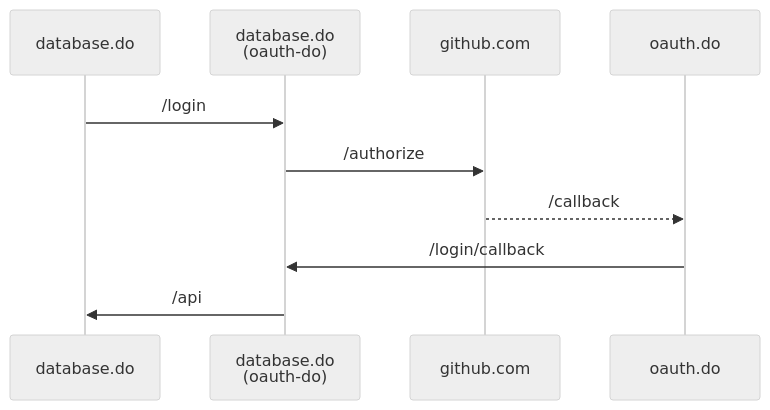
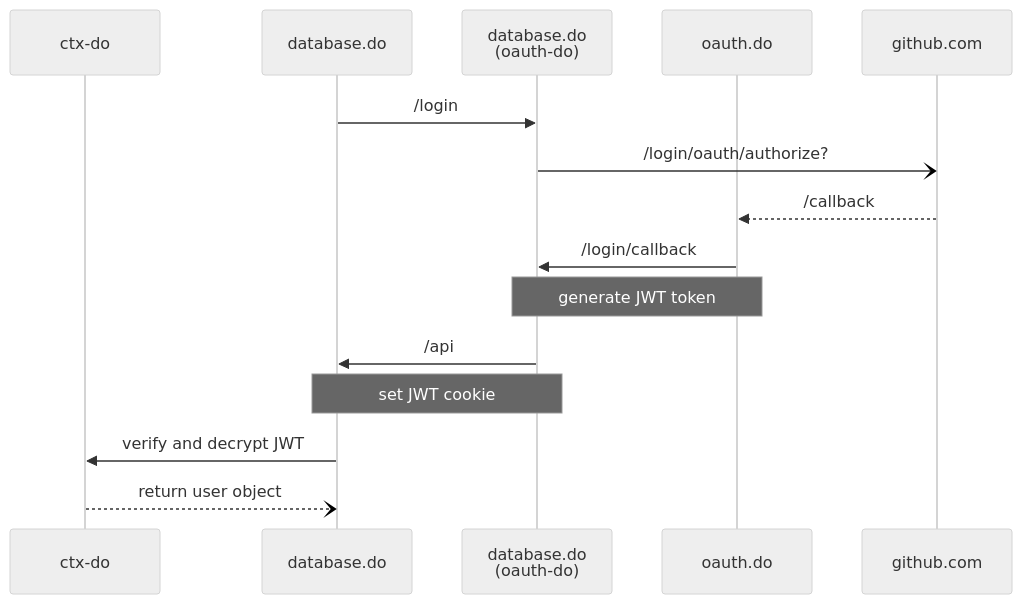
One commit to drivly/oauth.do changed the diagram in README.md. Above: the diagram before and after it, drawn with Mermaid (neutral theme). The commit also changed other lines of this file and 2 other files, not shown here.

Commit message:
Move oauth.do callback logic

````diff
--- a/README.md
+++ b/README.md
@@ -24,10 +9,16 @@
 ```mermaid
 sequenceDiagram
+  participant C as ctx-do
   participant D as database.do
   participant O as database.do<br/>(oauth-do)
+  participant A as oauth.do
   D->>O: /login
-  O->>github.com: /authorize
-  github.com-->>oauth.do: /callback
-  oauth.do->>O: /login/callback
+  O-)github.com: /login/oauth/authorize?
+  github.com-->>A: /callback
+  A->>O: /login/callback
+  Note over A,O: generate JWT token
   O->>D: /api
+  Note over O,D: set JWT cookie
+  D->>C: verify and decrypt JWT
+  C--)D: return user object
 ```
````
